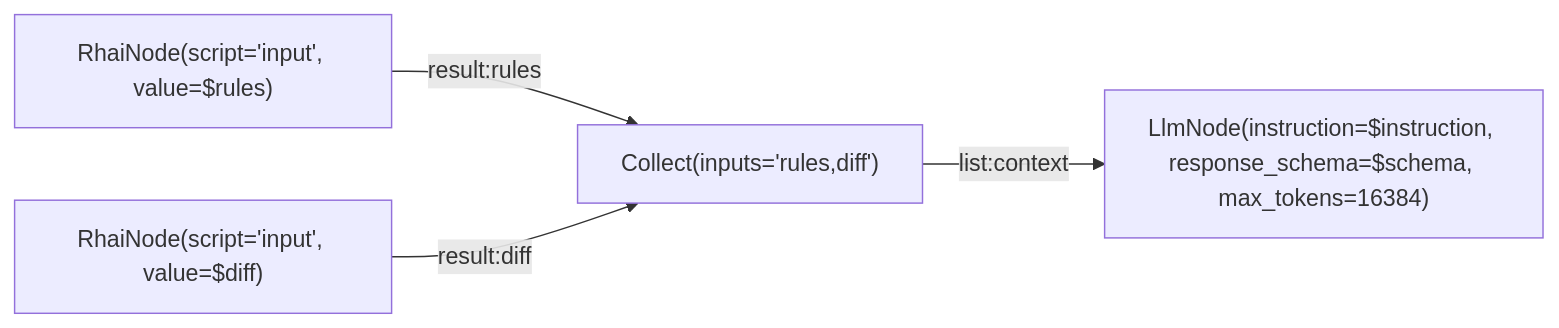
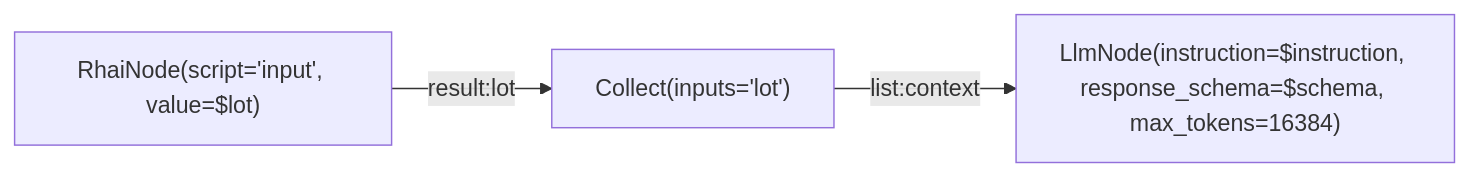
One commit to L-Defraiteur/rag3db changed the diagram in extension/rag3weaver/templates/pusher/judge.mmd. Above: the diagram before and after it, drawn with Mermaid. The commit also changed 1 other file, not shown here.

Commit message:
fix(rag3weaver): the judge takes one JSON parameter, lot {diff, agents_md, rules}: a json parameter is an object, never a bare string

```diff
--- a/extension/rag3weaver/templates/pusher/judge.mmd
+++ b/extension/rag3weaver/templates/pusher/judge.mmd
@@ -1,16 +1,13 @@
 %% tool: lot_judge
 %% description: The lot judge (24 November 2026): reads a lot's diff, AGENTS.md and the judge's rules (templates/pusher/judge_rules.json), and gives findings {rule, file, line, excerpt, severity, why} and a summary. An opinion: it blocks nothing. The model comes from the registry the pusher gives (the llm service); the graph names none.
-%% param: diff json! -- The lot's diff, origin/master...head, as a JSON string.
-%% param: rules json! -- {agents_md: the text of AGENTS.md, rules: the rules of judge_rules.json}.
+%% param: lot json! -- {diff: the lot's diff (origin/master...head), agents_md: the text of AGENTS.md, rules: the rules of judge_rules.json}.
 %% param: instruction string = "Read the rules, then the diff. Report every added line that violates a rule, with its file, line and excerpt; report nothing that is not in an added line. When the lot is clean, give no finding." -- The task line, set before the rules and the diff; the meaning of each field is in the schema's descriptions.
 %% param: schema json = {"type": "object", "additionalProperties": false, "required": ["findings", "summary"], "properties": {"findings": {"type": "array", "description": "Every violation found in the diff's added lines, one per place; none when the lot is clean. Never a finding without its file and its excerpt.", "items": {"type": "object", "additionalProperties": false, "required": ["rule", "file", "line", "excerpt", "severity", "why"], "properties": {"rule": {"type": "string", "description": "The id of the rule violated, from the rules given."}, "file": {"type": "string", "description": "The file of the diff, as its header names it."}, "line": {"type": "integer", "description": "The line in the new file, read from the hunk header; 0 when it cannot be read."}, "excerpt": {"type": "string", "description": "The added line, or the shortest part of it that shows the violation, copied as it is."}, "severity": {"type": "string", "enum": ["high", "medium", "low"], "description": "The rule's severity, lowered when the case is borderline."}, "why": {"type": "string", "description": "One sentence: what the line does against the rule, and what the rule would have it be."}}}}, "summary": {"type": "string", "description": "One sentence: how many findings, and the most serious one; or that the lot is clean."}}} -- The shape of the report.
 %% result: model.json
 
 graph LR
-    rules["RhaiNode(script='input', value=$rules)"]
-    diff["RhaiNode(script='input', value=$diff)"]
-    parts["Collect(inputs='rules,diff')"]
+    lot["RhaiNode(script='input', value=$lot)"]
+    parts["Collect(inputs='lot')"]
     model["LlmNode(instruction=$instruction, response_schema=$schema, max_tokens=16384)"]
-    rules -->|result:rules| parts
-    diff -->|result:diff| parts
+    lot -->|result:lot| parts
     parts -->|list:context| model
```
